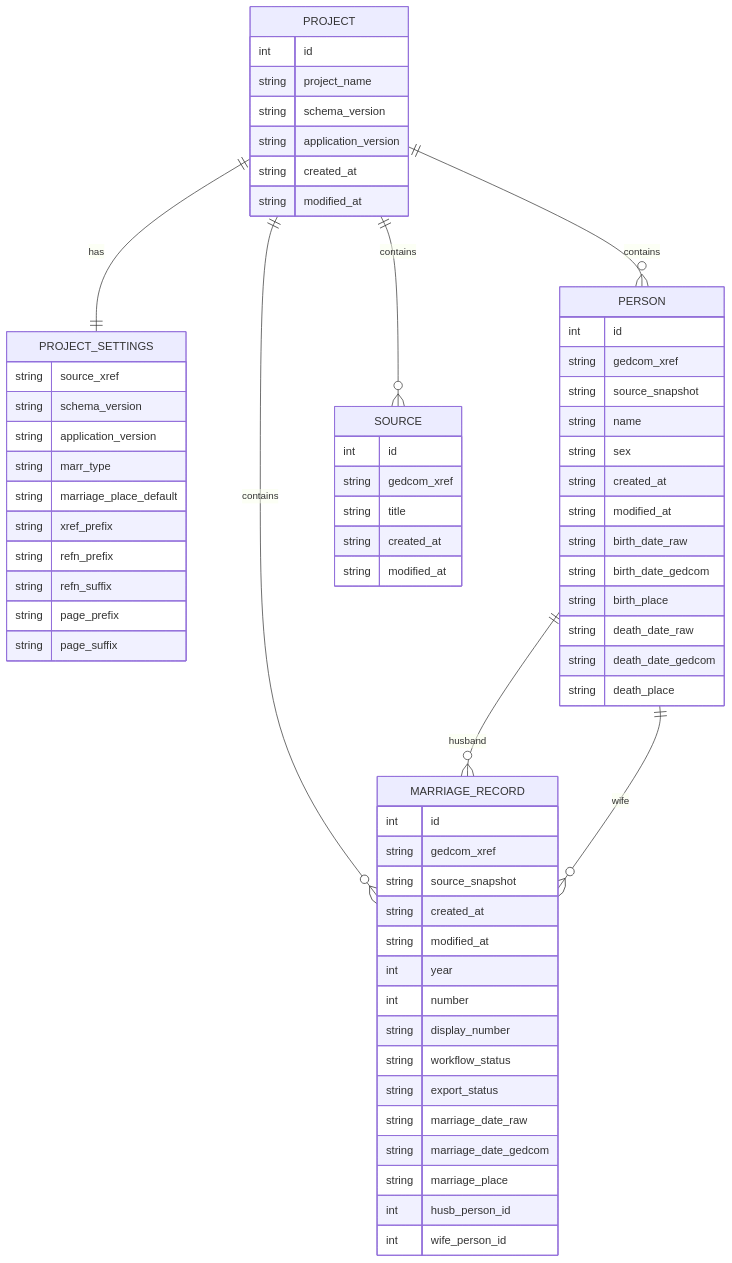
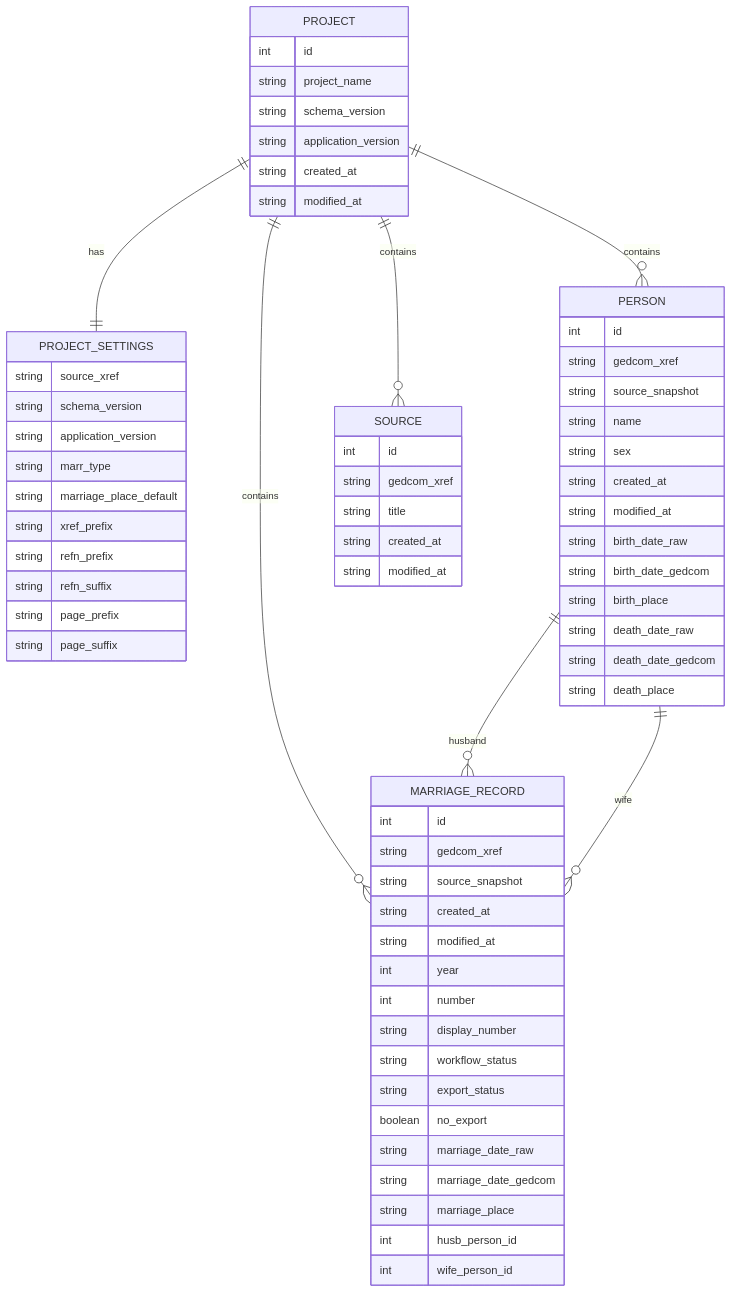
One commit to carosaar/ged_editor changed the diagram in docs/architecture/DATA_MODEL.md. Above: the diagram before and after it, drawn with Mermaid. The commit also changed other lines of this file and 6 other files, not shown here.

````diff
--- a/docs/architecture/DATA_MODEL.md
+++ b/docs/architecture/DATA_MODEL.md
@@ -609,75 +621,76 @@
 ```mermaid
 erDiagram
 
     PROJECT ||--|| PROJECT_SETTINGS : has
     PROJECT ||--o{ MARRIAGE_RECORD : contains
     PROJECT ||--o{ PERSON : contains
     PROJECT ||--o{ SOURCE : contains
 
     PERSON ||--o{ MARRIAGE_RECORD : husband
     PERSON ||--o{ MARRIAGE_RECORD : wife
 
     PROJECT {
         int id
         string project_name
         string schema_version
         string application_version
         string created_at
         string modified_at
     }
 
     PROJECT_SETTINGS {
         string source_xref
         string schema_version
         string application_version
         string marr_type
         string marriage_place_default
         string xref_prefix
         string refn_prefix
         string refn_suffix
         string page_prefix
         string page_suffix
     }
 
     MARRIAGE_RECORD {
         int id
         string gedcom_xref
         string source_snapshot
         string created_at
         string modified_at
         int year
         int number
         string display_number
         string workflow_status
         string export_status
+        boolean no_export
         string marriage_date_raw
         string marriage_date_gedcom
         string marriage_place
         int husb_person_id
         int wife_person_id
     }
 
     PERSON {
         int id
         string gedcom_xref
         string source_snapshot
         string name
         string sex
         string created_at
         string modified_at
         string birth_date_raw
         string birth_date_gedcom
         string birth_place
         string death_date_raw
         string death_date_gedcom
         string death_place
     }
 
     SOURCE {
         int id
         string gedcom_xref
         string title
         string created_at
         string modified_at
     }
 ```
````
